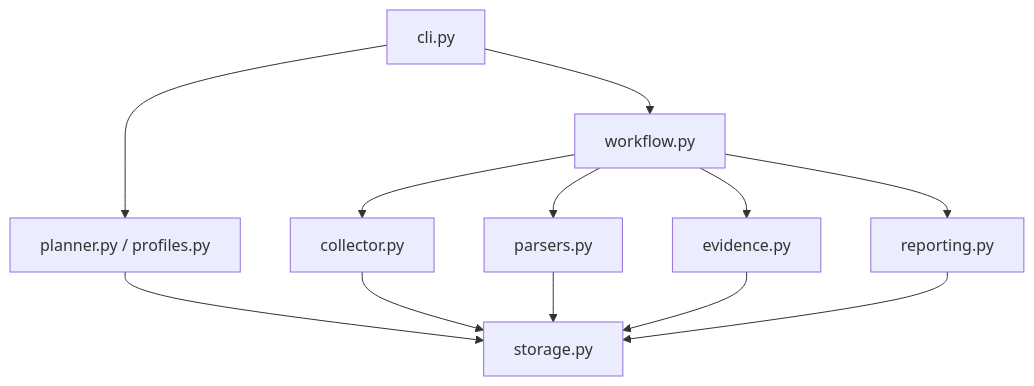
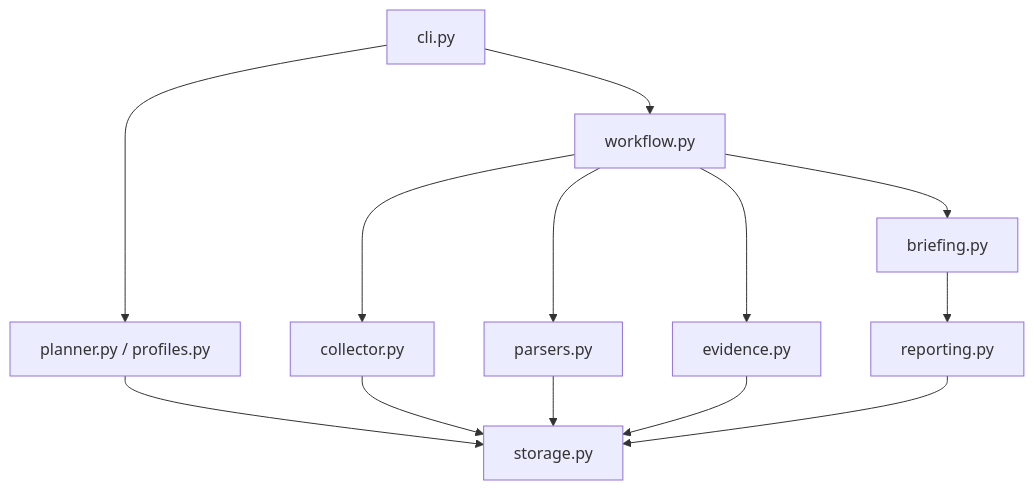
Before and after one commit to Kminer2053/public-sector-research-skill: the second of 3 diagrams in docs/ARCHITECTURE.md, drawn with Mermaid. The commit also changed other lines of this file and 23 other files, not shown here.

````diff
--- a/docs/ARCHITECTURE.md
+++ b/docs/ARCHITECTURE.md
@@ -23,14 +23,15 @@
 ```mermaid
 flowchart TB
     CLI["cli.py"] --> PLAN["planner.py / profiles.py"]
     CLI --> FLOW["workflow.py"]
     FLOW --> COL["collector.py"]
     FLOW --> PAR["parsers.py"]
     FLOW --> EVI["evidence.py"]
-    FLOW --> REP["reporting.py"]
+    FLOW --> BRIEF["briefing.py"]
+    BRIEF --> REP["reporting.py"]
     PLAN --> DB["storage.py"]
     COL --> DB
     PAR --> DB
     EVI --> DB
     REP --> DB
 ```
````
